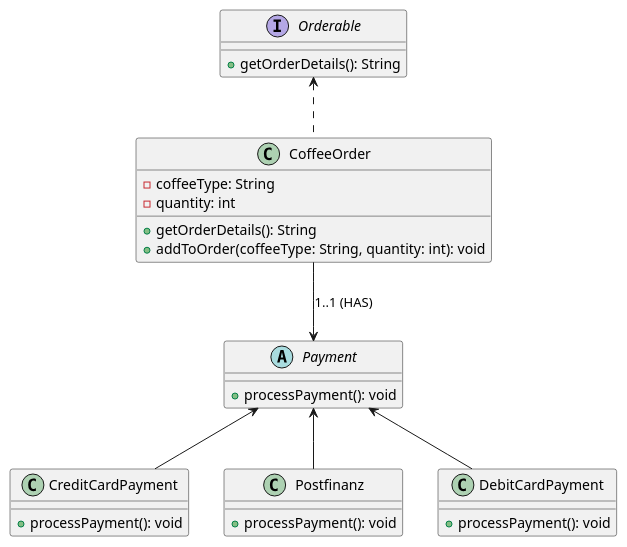
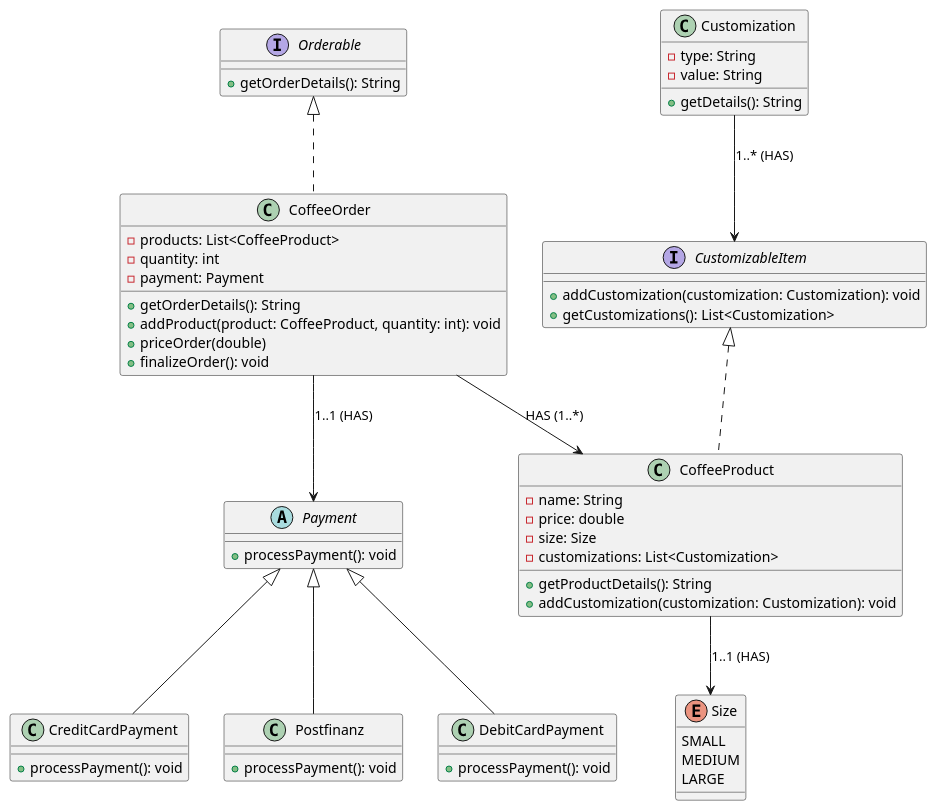
Before and after one commit to julianaivn/M320-Mi-Ju: the diagram in M3/src.ch.tbz.m320/M3.puml, drawn with PlantUML.

Commit message:
corrected version of M3

```diff
--- a/M3/src.ch.tbz.m320/M3.puml
+++ b/M3/src.ch.tbz.m320/M3.puml
@@ -1,36 +1,64 @@
 @startuml
 
 interface Orderable {
   +getOrderDetails(): String
 }
 
+interface CustomizableItem {
+  +addCustomization(customization: Customization): void
+  +getCustomizations(): List<Customization>
+}
+
 abstract class Payment {
   +processPayment(): void
 }
 
-class CoffeeOrder {
-  -coffeeType: String
-  -quantity: int
-  +getOrderDetails(): String
-  +addToOrder(coffeeType: String, quantity: int): void
+class Customization {
+  -type: String
+  -value: String
+  +getDetails(): String
 }
 
-class CreditCardPayment {
+enum Size {
+  SMALL
+  MEDIUM
+  LARGE
+}
+
+class CoffeeProduct implements CustomizableItem {
+  -name: String
+  -price: double
+  -size: Size
+  -customizations: List<Customization>
+  +getProductDetails(): String
+  +addCustomization(customization: Customization): void
+}
+
+class CoffeeOrder implements Orderable {
+  -products: List<CoffeeProduct>
+  -quantity: int
+  -payment: Payment
+  +getOrderDetails(): String
+  +addProduct(product: CoffeeProduct, quantity: int): void
+  +priceOrder(double)
+  +finalizeOrder(): void
+}
+
+class CreditCardPayment extends Payment {
   +processPayment(): void
 }
 
-class Postfinanz {
+class Postfinanz extends Payment {
   +processPayment(): void
 }
 
-class DebitCardPayment {
+class DebitCardPayment extends Payment {
   +processPayment(): void
 }
 
+Customization --> CustomizableItem : "1..* (HAS)"
+CoffeeProduct --> Size : "1..1 (HAS)"
+CoffeeOrder --> CoffeeProduct : "HAS (1..*)"
 CoffeeOrder --> Payment : "1..1 (HAS)"
-Orderable <.. CoffeeOrder
-Payment <-- CreditCardPayment
-Payment <-- DebitCardPayment
-Payment <-- Postfinanz
 
 @enduml
```
